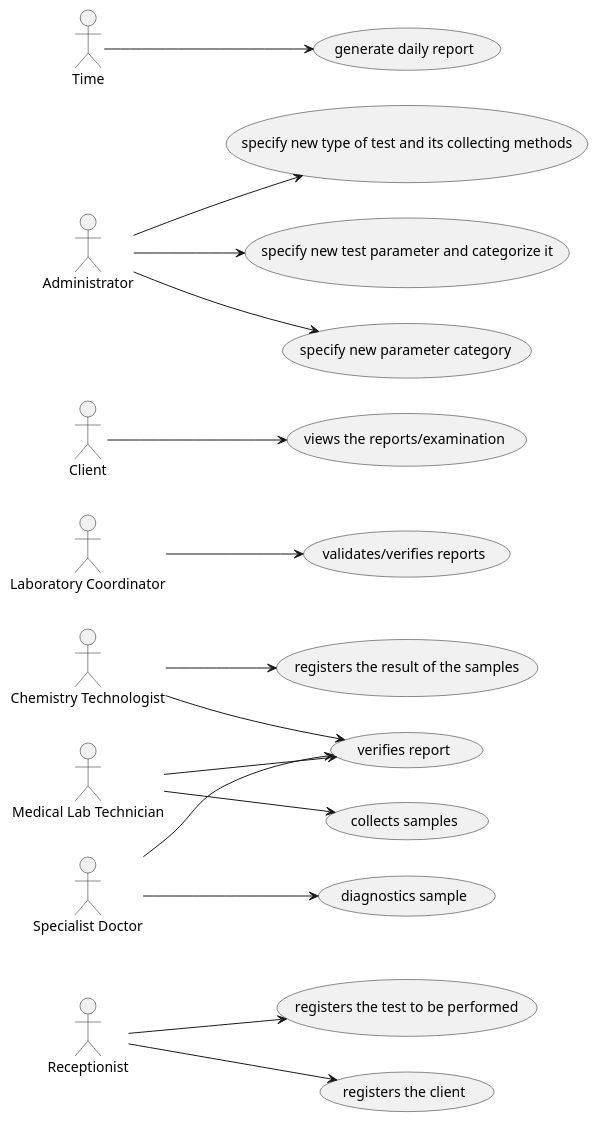
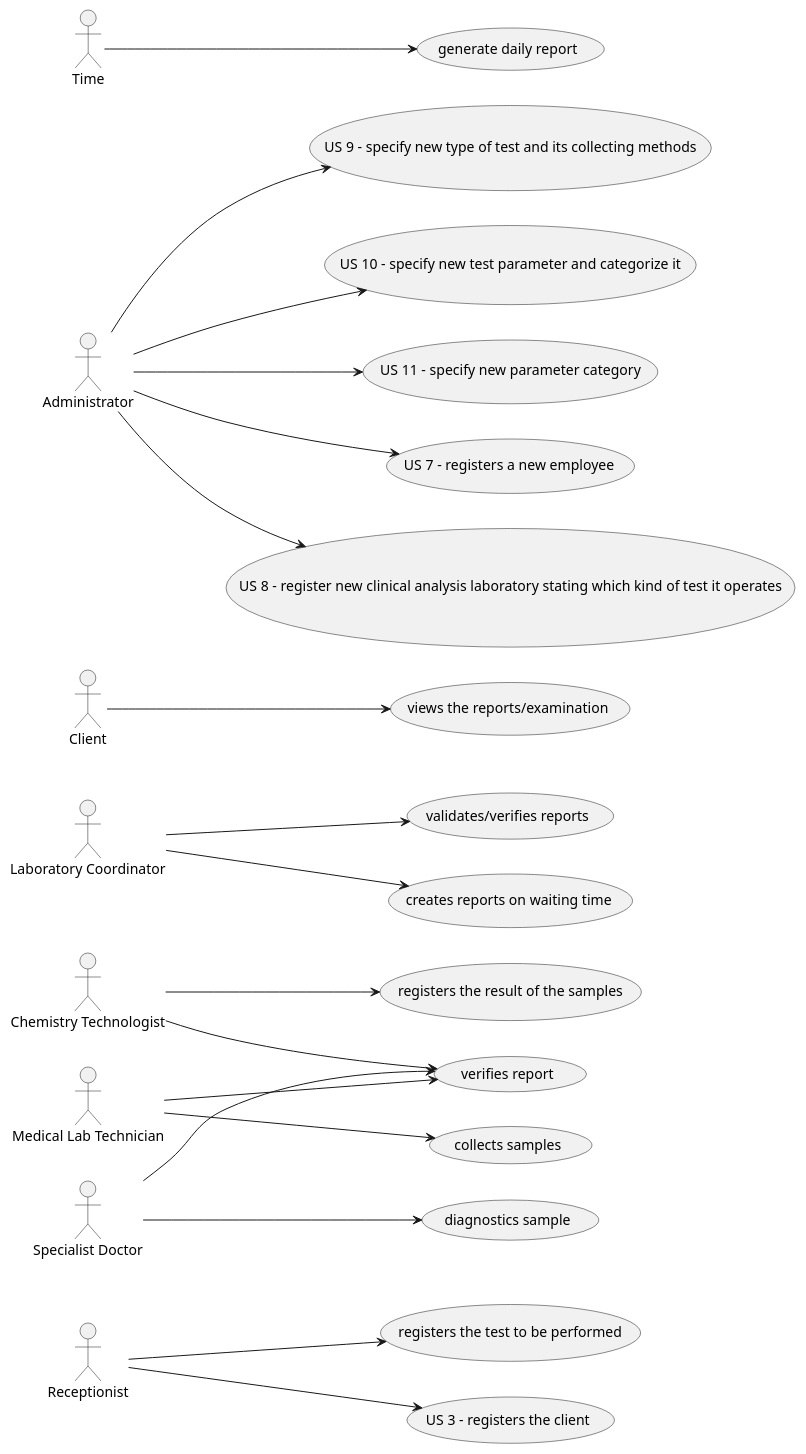
Before and after one commit to jsmarques98/LAPR2-ISEP: the diagram in docs/SprintB/UCD.puml, drawn with PlantUML. The commit also changed 1 other file, not shown here.

```diff
--- a/docs/SprintB/UCD.puml
+++ b/docs/SprintB/UCD.puml
@@ -1,26 +1,30 @@
 @startuml
 left to right direction
 
 :Receptionist: --> (registers the test to be performed)
-:Receptionist: --> (registers the client)
+:Receptionist: --> (US 3 - registers the client)
 
 :Chemistry Technologist: --> (registers the result of the samples)
 :Chemistry Technologist: --> (verifies report)
 
 :Medical Lab Technician: --> (collects samples)
 :Medical Lab Technician: --> (verifies report)
 
 :Specialist Doctor: --> (diagnostics sample)
 :Specialist Doctor: --> (verifies report)
 
 :Laboratory Coordinator: --> (validates/verifies reports)
+:Laboratory Coordinator: --> (creates reports on waiting time)
 
 :Client: --> (views the reports/examination)
 
-:Administrator: --> (specify new type of test and its collecting methods)
-:Administrator: --> (specify new test parameter and categorize it)
-:Administrator: --> (specify new parameter category)
+:Administrator: --> (US 9 - specify new type of test and its collecting methods)
+:Administrator: --> (US 10 - specify new test parameter and categorize it)
+:Administrator: --> (US 11 - specify new parameter category)
+:Administrator: --> (US 7 - registers a new employee)
+:Administrator: --> (US 8 - register new clinical analysis laboratory stating which kind of test it operates)
+
 
 :Time: --> (generate daily report)
 
 @enduml
```
